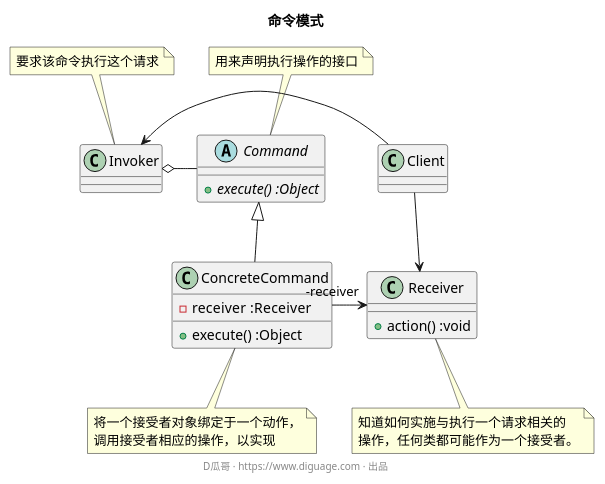
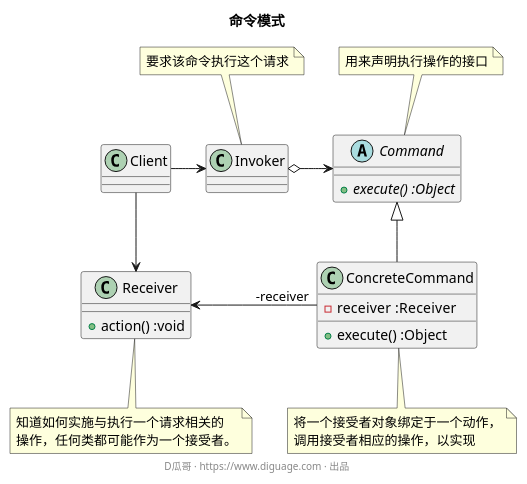
The diagram in docs/assets/puml/command.puml (diguage/deep-in-design-patterns), drawn with PlantUML before and after one commit. The commit also changed 12 other files, not shown here.

```diff
--- a/docs/assets/puml/command.puml
+++ b/docs/assets/puml/command.puml
@@ -1,37 +1,39 @@
 @startuml
 title "**命令模式**"
+
+class Client
+
+class Invoker
+note top: 要求该命令执行这个请求
+
+Client -right-> Invoker
+
 
 abstract class Command {
   + {abstract} execute() :Object
 }
 note top: 用来声明执行操作的接口
+
+Invoker o-> Command
+
 
 class ConcreteCommand {
   - receiver  :Receiver
   + execute() :Object
 }
 note bottom: 将一个接受者对象绑定于一个动作，\n调用接受者相应的操作，以实现
 
-class Invoker {
-}
-note top: 要求该命令执行这个请求
+Command <|-- ConcreteCommand
 
 class Receiver {
   + action() :void
 }
 note bottom: 知道如何实施与执行一个请求相关的\n操作，任何类都可能作为一个接受者。
 
-class Client {
-}
+ConcreteCommand "-receiver" -left-> Receiver
 
-Invoker o-right- Command
-
-Command <|-- ConcreteCommand
-
-Invoker <-right- Client
 Client --> Receiver
 
-Receiver <-left- "-receiver" ConcreteCommand
 
 footer D瓜哥 · https://www.diguage.com · 出品
 @enduml
```
